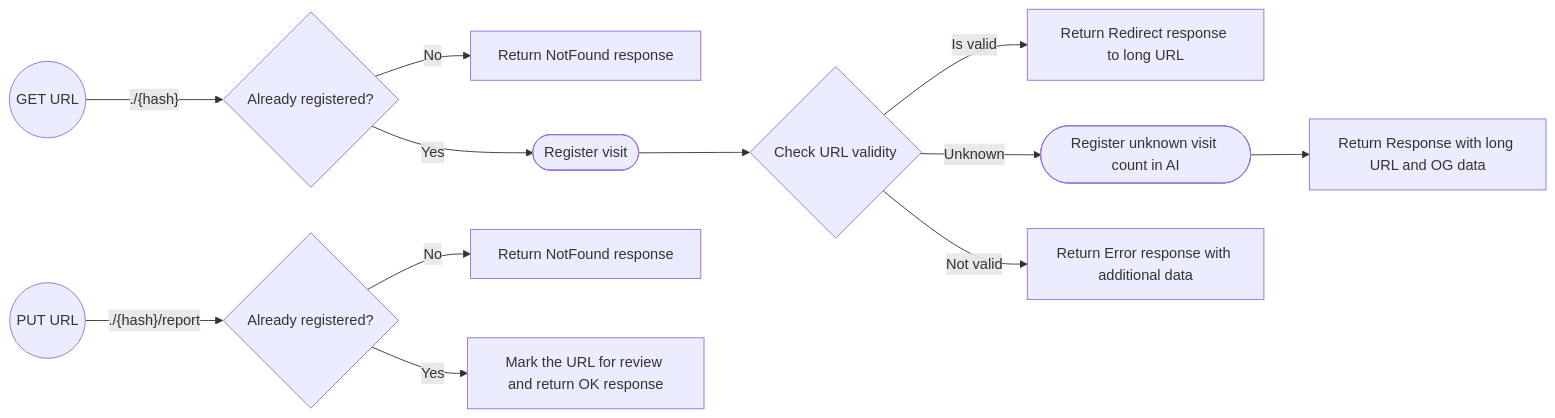
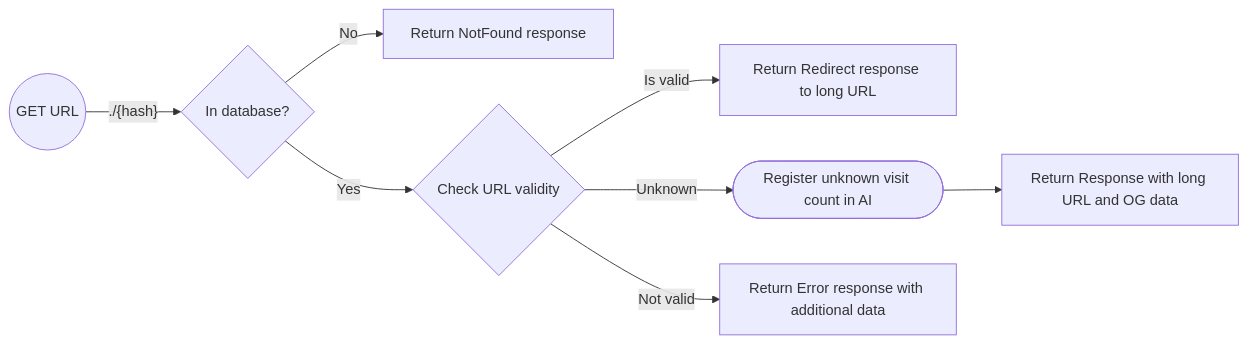
The diagram in docs/user-journeys/2-visit-url.md (Marvin-Brouwer/SecureUrlManager), drawn with Mermaid before and after one commit.

Commit message:
[#2] Corrected Visit flow

````diff
--- a/docs/user-journeys/2-visit-url.md
+++ b/docs/user-journeys/2-visit-url.md
@@ -18,18 +18,13 @@
 ```mermaid
 graph LR
     Visit(( GET URL )) --> |"./{hash}"| Visit_ExistingUrl
 
-    Visit_ExistingUrl{Already registered?}
+    Visit_ExistingUrl{In database?}
     Visit_ExistingUrl --> |No| Visit_ReturnNotFound[Return NotFound response]
-    Visit_ExistingUrl --> |Yes| Visit_RegisterVisit([ Register visit ]) --> Visit_Validate
+    Visit_ExistingUrl --> |Yes| Visit_Validate
 
     Visit_Validate{Check URL validity}
     Visit_Validate --> |Is valid| Visit_ReturnRedirectResponse[Return Redirect response to long URL]
     Visit_Validate --> |Unknown| Visit_RegisterUnknownVisit([ Register unknown visit count in AI ]) --> ReturnPreviewResponse[Return Response with long URL and OG data]
     Visit_Validate --> |Not valid| Visit_ReturnError[Return Error response with additional data]
-
-    Report(( PUT URL )) --> |"./{hash}/report"| Report_ExistingUrl
-    Report_ExistingUrl{Already registered?}
-    Report_ExistingUrl --> |No| Report_ReturnNotFound[Return NotFound response]
-    Report_ExistingUrl --> |Yes| Report_MarkForReview[Mark the URL for review and return OK response]
 ```
````
